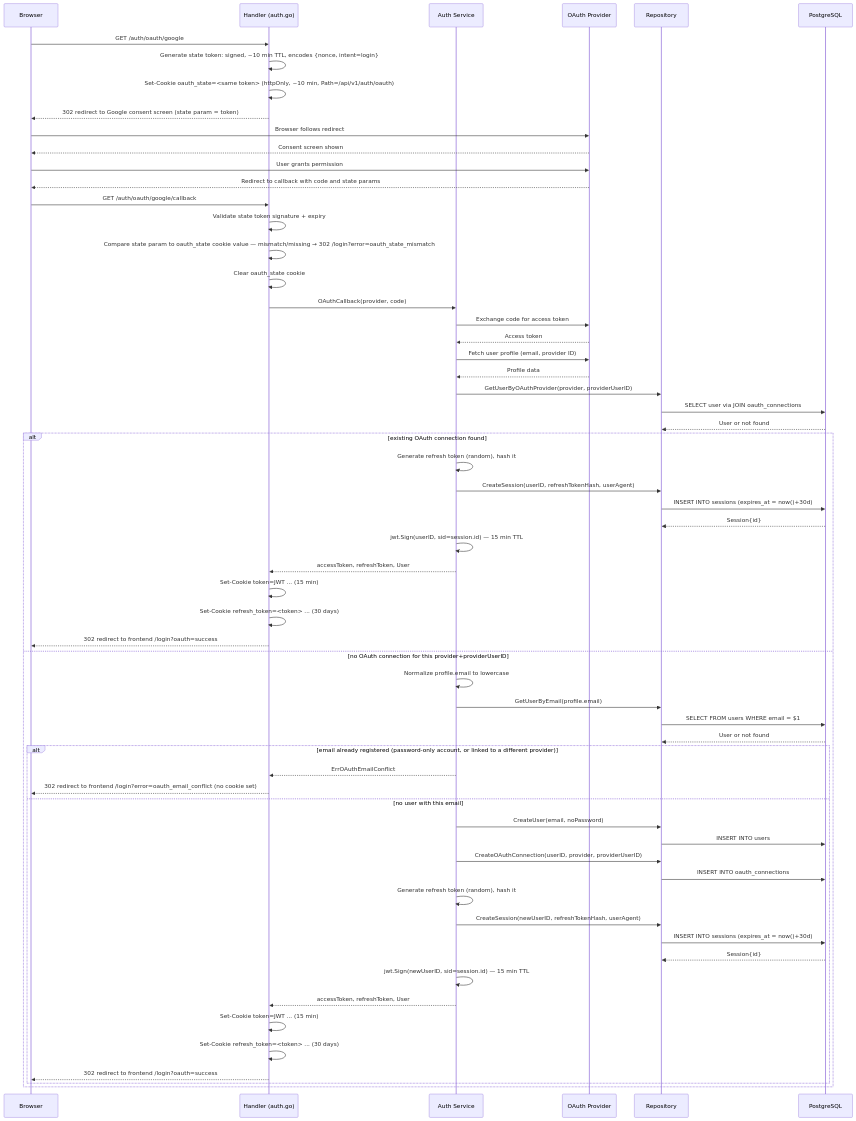
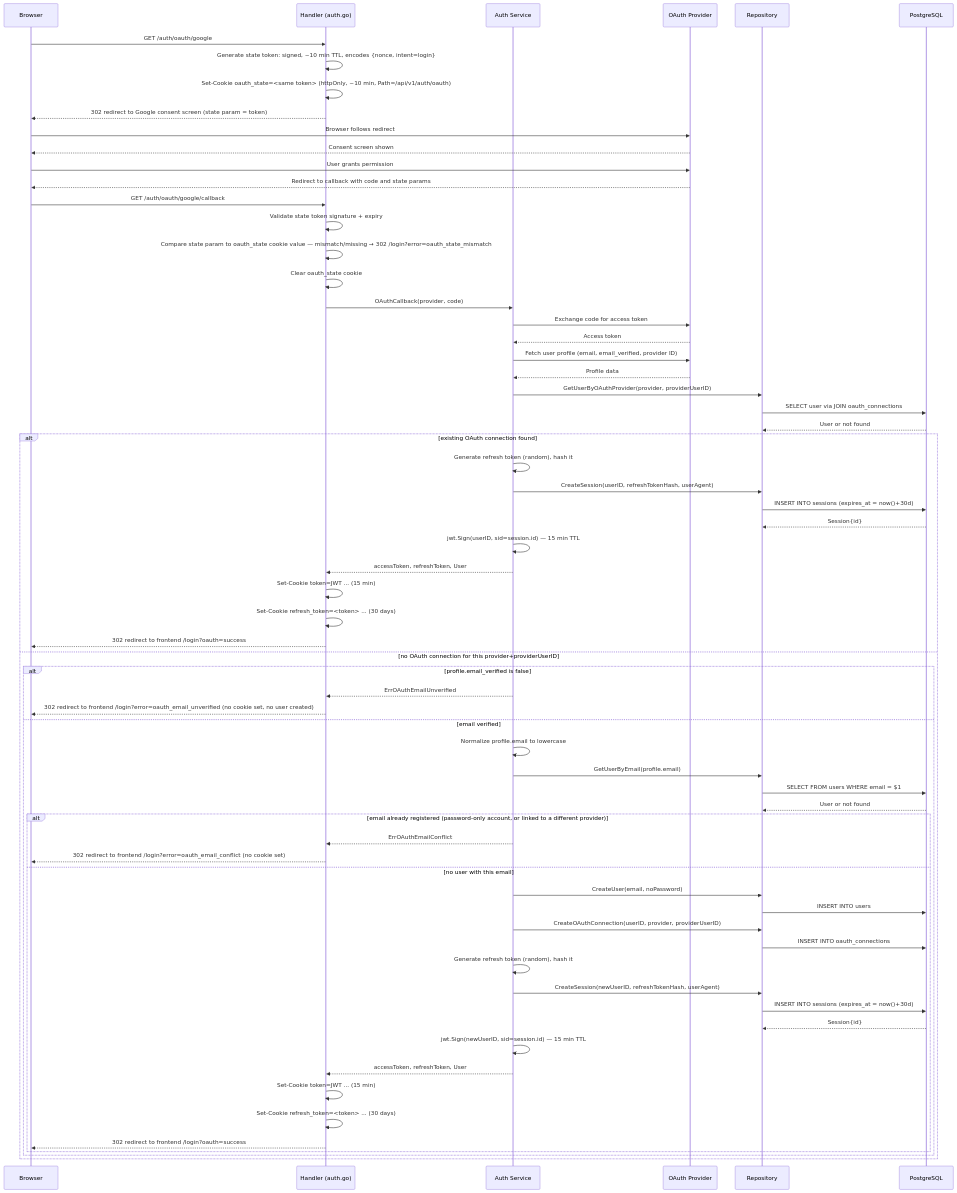
Before and after one commit to ppinedo0714/a-couple-of-coins: the eighth of 16 diagrams in backend/docs/flows.md, drawn with Mermaid. The commit also changed other lines of this file and 5 other files, not shown here.

````diff
--- a/backend/docs/flows.md
+++ b/backend/docs/flows.md
@@ -165,68 +296,73 @@
 ```mermaid
 sequenceDiagram
     participant C as Browser
     participant H as Handler (auth.go)
     participant S as Auth Service
     participant O as OAuth Provider
     participant R as Repository
     participant DB as PostgreSQL
 
     C->>H: GET /auth/oauth/google
     H->>H: Generate state token: signed, ~10 min TTL, encodes {nonce, intent=login}
     H->>H: Set-Cookie oauth_state=<same token> (httpOnly, ~10 min, Path=/api/v1/auth/oauth)
     H-->>C: 302 redirect to Google consent screen (state param = token)
 
     C->>O: Browser follows redirect
     O-->>C: Consent screen shown
     C->>O: User grants permission
     O-->>C: Redirect to callback with code and state params
 
     C->>H: GET /auth/oauth/google/callback
     H->>H: Validate state token signature + expiry
     H->>H: Compare state param to oauth_state cookie value — mismatch/missing → 302 /login?error=oauth_state_mismatch
     H->>H: Clear oauth_state cookie
     H->>S: OAuthCallback(provider, code)
     S->>O: Exchange code for access token
     O-->>S: Access token
-    S->>O: Fetch user profile (email, provider ID)
+    S->>O: Fetch user profile (email, email_verified, provider ID)
     O-->>S: Profile data
 
     S->>R: GetUserByOAuthProvider(provider, providerUserID)
     R->>DB: SELECT user via JOIN oauth_connections
     DB-->>R: User or not found
 
     alt existing OAuth connection found
         S->>S: Generate refresh token (random), hash it
         S->>R: CreateSession(userID, refreshTokenHash, userAgent)
         R->>DB: INSERT INTO sessions (expires_at = now()+30d)
         DB-->>R: Session{id}
         S->>S: jwt.Sign(userID, sid=session.id) — 15 min TTL
         S-->>H: accessToken, refreshToken, User
         H->>H: Set-Cookie token=JWT ... (15 min)
         H->>H: Set-Cookie refresh_token=<token> ... (30 days)
         H-->>C: 302 redirect to frontend /login?oauth=success
     else no OAuth connection for this provider+providerUserID
-        S->>S: Normalize profile.email to lowercase
-        S->>R: GetUserByEmail(profile.email)
-        R->>DB: SELECT FROM users WHERE email = $1
-        DB-->>R: User or not found
-        alt email already registered (password-only account, or linked to a different provider)
-            S-->>H: ErrOAuthEmailConflict
-            H-->>C: 302 redirect to frontend /login?error=oauth_email_conflict (no cookie set)
-        else no user with this email
-            S->>R: CreateUser(email, noPassword)
-            R->>DB: INSERT INTO users
-            S->>R: CreateOAuthConnection(userID, provider, providerUserID)
-            R->>DB: INSERT INTO oauth_connections
-            S->>S: Generate refresh token (random), hash it
-            S->>R: CreateSession(newUserID, refreshTokenHash, userAgent)
-            R->>DB: INSERT INTO sessions (expires_at = now()+30d)
-            DB-->>R: Session{id}
-            S->>S: jwt.Sign(newUserID, sid=session.id) — 15 min TTL
-            S-->>H: accessToken, refreshToken, User
-            H->>H: Set-Cookie token=JWT ... (15 min)
-            H->>H: Set-Cookie refresh_token=<token> ... (30 days)
-            H-->>C: 302 redirect to frontend /login?oauth=success
+        alt profile.email_verified is false
+            S-->>H: ErrOAuthEmailUnverified
+            H-->>C: 302 redirect to frontend /login?error=oauth_email_unverified (no cookie set, no user created)
+        else email verified
+            S->>S: Normalize profile.email to lowercase
+            S->>R: GetUserByEmail(profile.email)
+            R->>DB: SELECT FROM users WHERE email = $1
+            DB-->>R: User or not found
+            alt email already registered (password-only account, or linked to a different provider)
+                S-->>H: ErrOAuthEmailConflict
+                H-->>C: 302 redirect to frontend /login?error=oauth_email_conflict (no cookie set)
+            else no user with this email
+                S->>R: CreateUser(email, noPassword)
+                R->>DB: INSERT INTO users
+                S->>R: CreateOAuthConnection(userID, provider, providerUserID)
+                R->>DB: INSERT INTO oauth_connections
+                S->>S: Generate refresh token (random), hash it
+                S->>R: CreateSession(newUserID, refreshTokenHash, userAgent)
+                R->>DB: INSERT INTO sessions (expires_at = now()+30d)
+                DB-->>R: Session{id}
+                S->>S: jwt.Sign(newUserID, sid=session.id) — 15 min TTL
+                S-->>H: accessToken, refreshToken, User
+                H->>H: Set-Cookie token=JWT ... (15 min)
+                H->>H: Set-Cookie refresh_token=<token> ... (30 days)
+                H-->>C: 302 redirect to frontend /login?oauth=success
+            end
         end
     end
 ```
````
